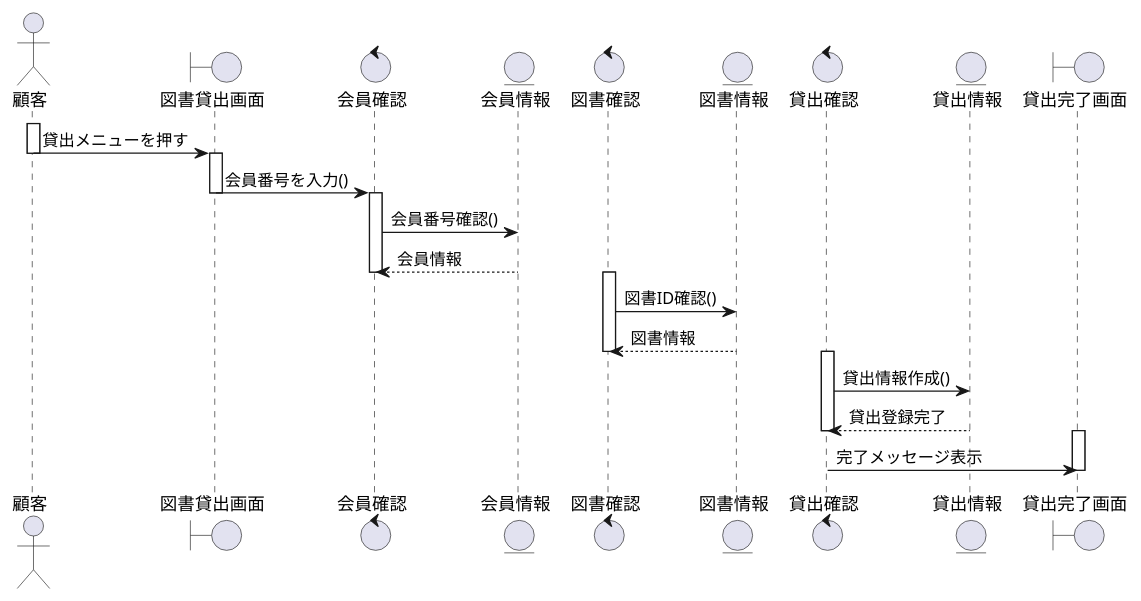
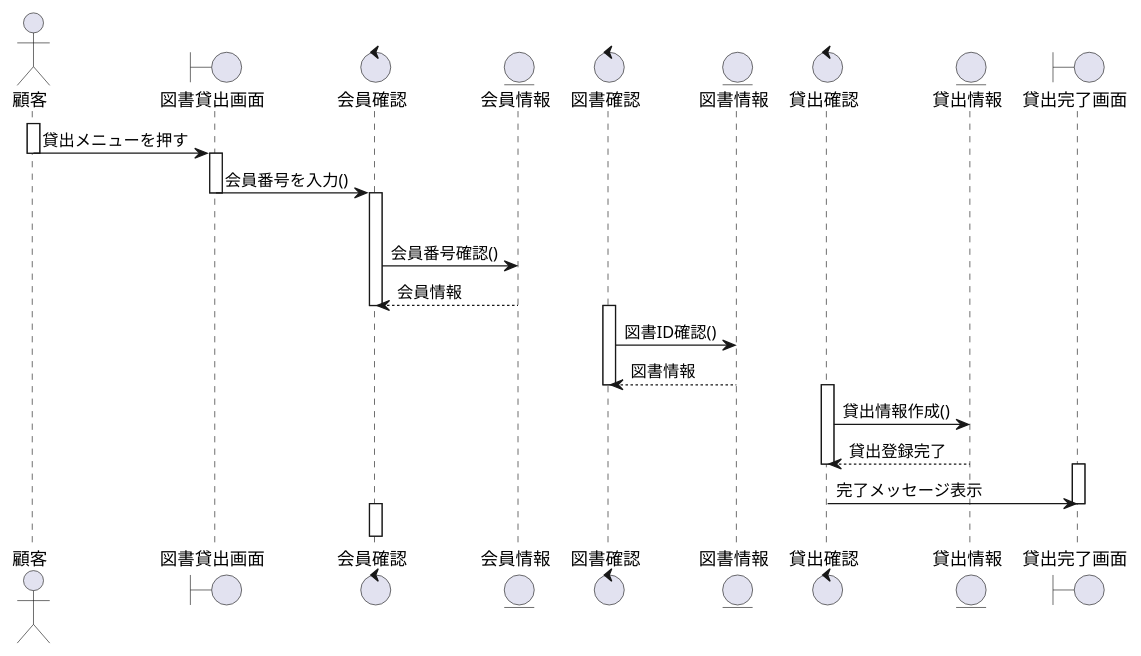
Before and after one commit to ko246/ohara_uml: the diagram in group/単位認定試験第2回/コード/シーケンス図/sequence02_Rental.pu, drawn with PlantUML.

Commit message:
修正

```diff
--- a/group/単位認定試験第2回/コード/シーケンス図/sequence02_Rental.pu
+++ b/group/単位認定試験第2回/コード/シーケンス図/sequence02_Rental.pu
@@ -1,43 +1,48 @@
 @startuml 図書貸出_シーケンス図
 
 actor 顧客 
 boundary 図書貸出画面 
 control 会員確認 
 entity 会員情報 
 control 図書確認 
 entity 図書情報 
 control 貸出確認 
 entity 貸出情報 
 boundary 貸出完了画面
 
 activate 顧客 
 顧客 -> 図書貸出画面 : 貸出メニューを押す 
 deactivate 顧客
 
 activate 図書貸出画面 
 図書貸出画面 -> 会員確認 : 会員番号を入力() 
 deactivate 図書貸出画面
 
-activate 会員確認 
+activate 会員確認
+alt 貸出可能(基本フロー) 
 会員確認 -> 会員情報 : 会員番号確認() 
 会員情報 --> 会員確認 : 会員情報 
 deactivate 会員確認 
 deactivate 会員情報
 
 activate 図書確認 
 図書確認 -> 図書情報 : 図書ID確認() 
 図書情報 --> 図書確認 : 図書情報 
 deactivate 図書確認 
 deactivate 図書情報
 
 activate 貸出確認 
 貸出確認 -> 貸出情報 : 貸出情報作成() 
 貸出情報 --> 貸出確認 : 貸出登録完了 
 deactivate 貸出確認 
 deactivate 貸出情報
 
 activate 貸出完了画面 
 貸出確認 -> 貸出完了画面 : 完了メッセージ表示 
 deactivate 貸出完了画面
 
+else 貸出不可(代替フロー1)
+activate 会員確認 
+deactivate 会員確認
+
 @enduml
```
